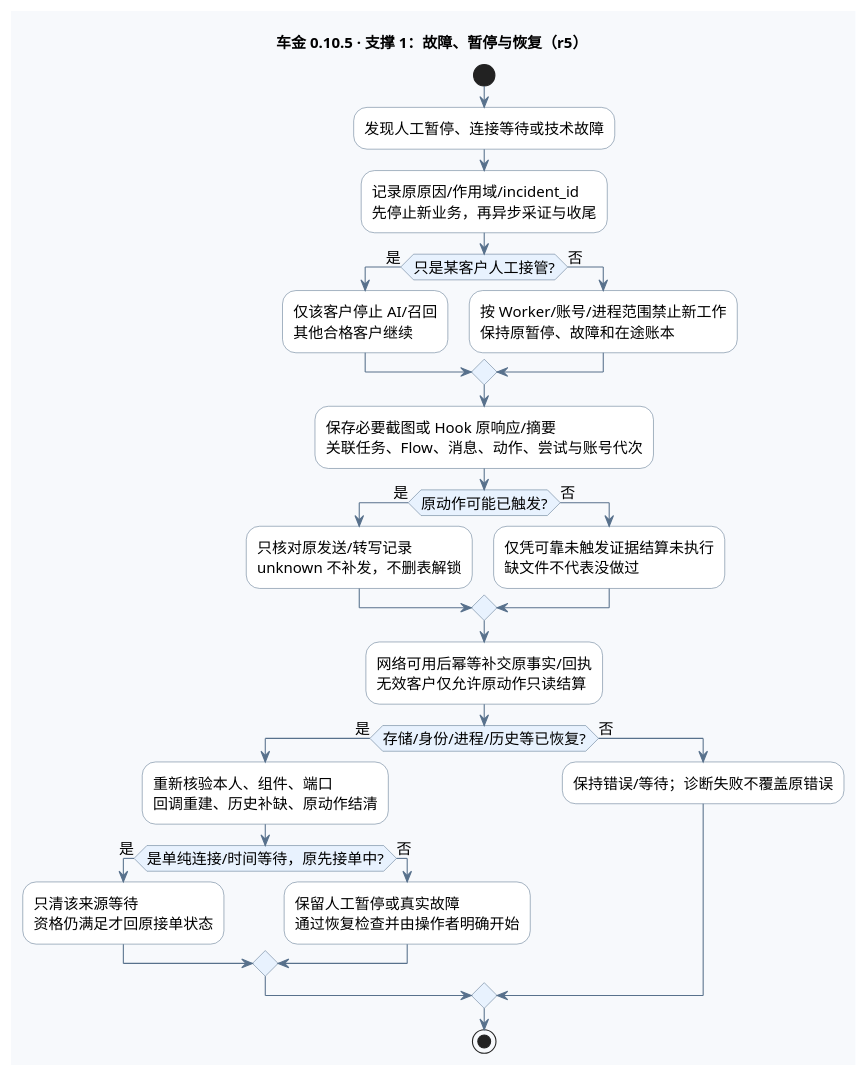
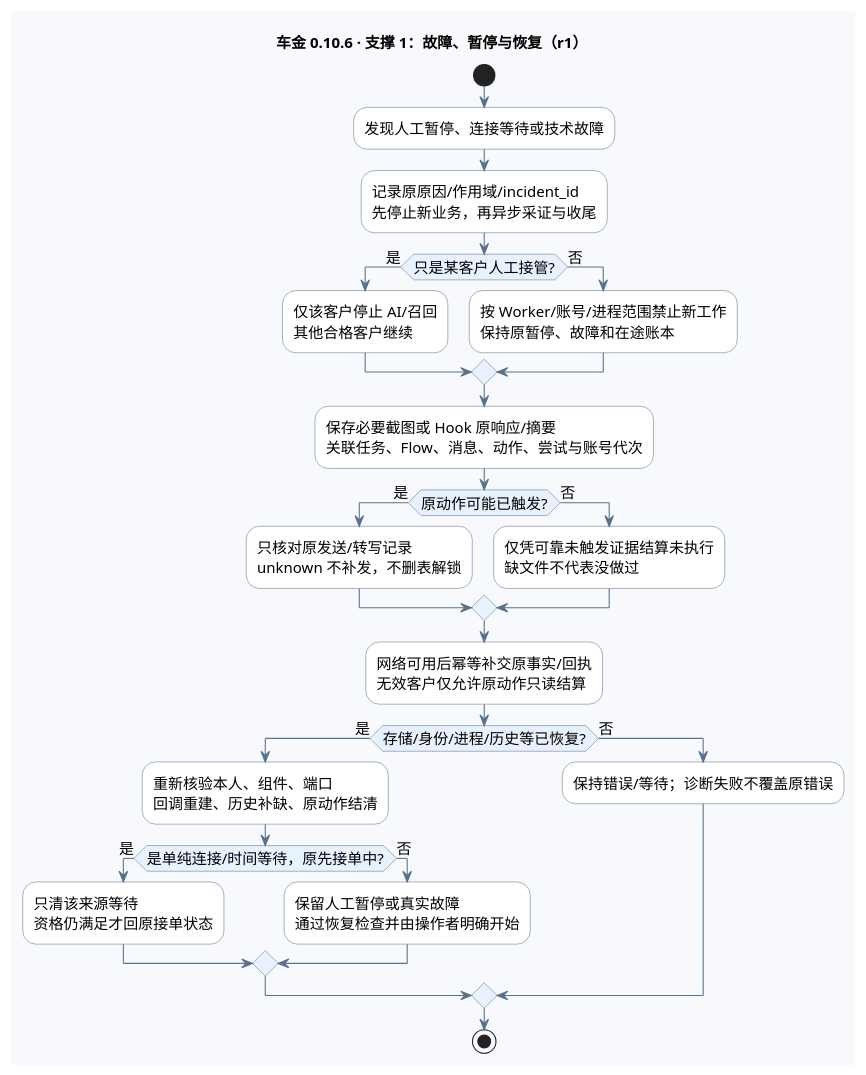
The second of 4 diagrams in deliverables/AI智能客服售前跟进系统_全流程图_v0.10.6.puml (edwardzhang0304/chejin-ai-sales), drawn with PlantUML before and after one commit. The commit also changed other lines of this file and 7 other files, not shown here.

```diff
--- a/deliverables/AI智能客服售前跟进系统_全流程图_v0.10.6.puml
+++ b/deliverables/AI智能客服售前跟进系统_全流程图_v0.10.6.puml
@@ -183,51 +183,51 @@
 @startuml fault
 !pragma layout smetana
 skinparam defaultFontName "PingFang SC"
 skinparam defaultFontSize 14
 skinparam backgroundColor #F7F9FC
 skinparam shadowing false
 skinparam activityBackgroundColor #FFFFFF
 skinparam activityBorderColor #58718C
 skinparam activityDiamondBackgroundColor #E8F2FE
 skinparam activityDiamondBorderColor #58718C
 skinparam ArrowColor #58718C
 skinparam noteBackgroundColor #FFF4D9
 skinparam noteBorderColor #CDA556
-title 车金 0.10.5 · 支撑 1：故障、暂停与恢复（r5）
+title 车金 0.10.6 · 支撑 1：故障、暂停与恢复（r1）
 start
 :发现人工暂停、连接等待或技术故障;
 :记录原原因/作用域/incident_id
 先停止新业务，再异步采证与收尾;
 if (只是某客户人工接管?) then (是)
   :仅该客户停止 AI/召回
 其他合格客户继续;
 else (否)
   :按 Worker/账号/进程范围禁止新工作
 保持原暂停、故障和在途账本;
 endif
 :保存必要截图或 Hook 原响应/摘要
 关联任务、Flow、消息、动作、尝试与账号代次;
 if (原动作可能已触发?) then (是)
   :只核对原发送/转写记录
 unknown 不补发，不删表解锁;
 else (否)
   :仅凭可靠未触发证据结算未执行
 缺文件不代表没做过;
 endif
 :网络可用后幂等补交原事实/回执
 无效客户仅允许原动作只读结算;
 if (存储/身份/进程/历史等已恢复?) then (是)
   :重新核验本人、组件、端口
 回调重建、历史补缺、原动作结清;
   if (是单纯连接/时间等待，原先接单中?) then (是)
     :只清该来源等待
 资格仍满足才回原接单状态;
   else (否)
     :保留人工暂停或真实故障
 通过恢复检查并由操作者明确开始;
   endif
 else (否)
   :保持错误/等待；诊断失败不覆盖原错误;
 endif
 stop
 @enduml
```
